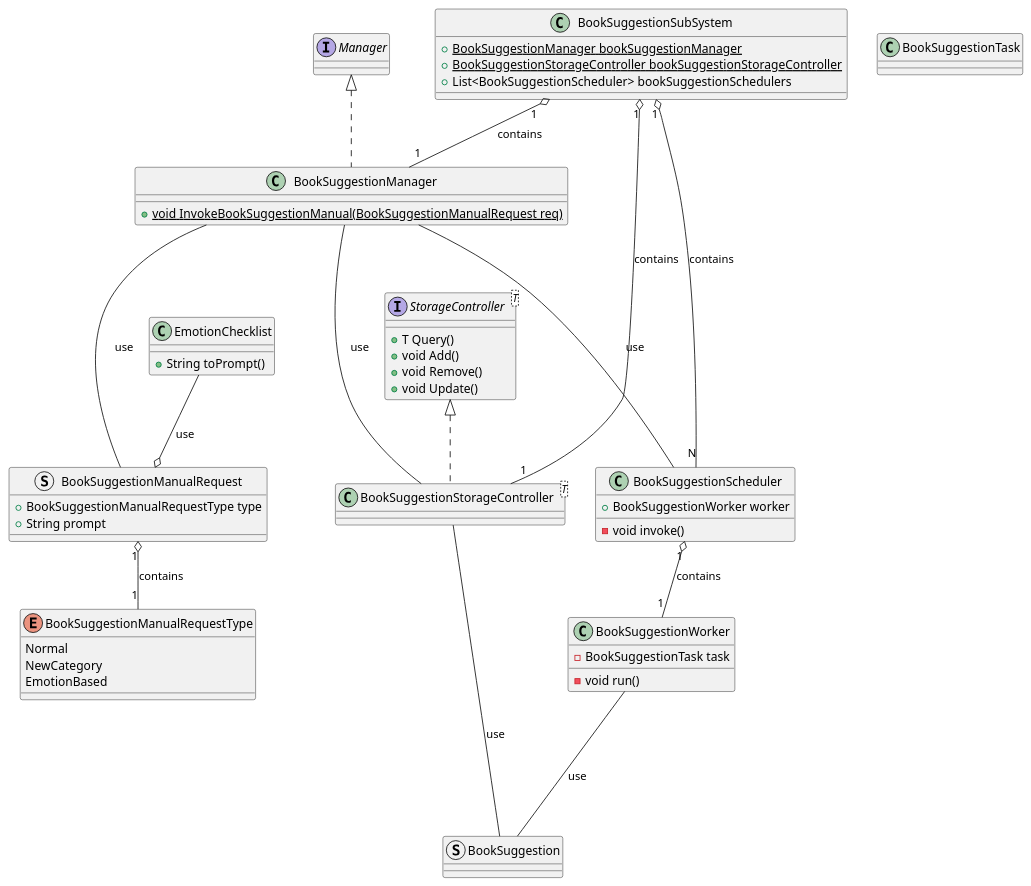
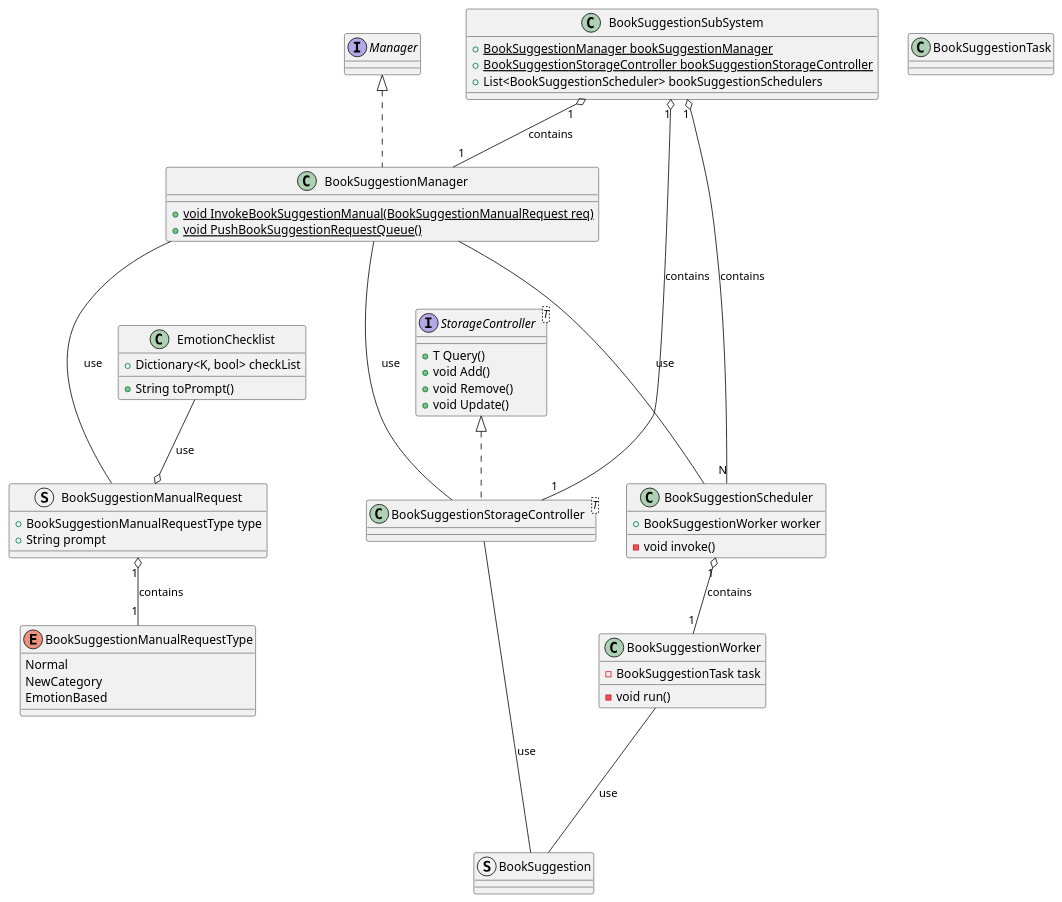
Before and after one commit to ShapeLayer/se-lecture-task__project-structure-definitions: the diagram in src/BookSuggestion.puml, drawn with PlantUML. The commit also changed 1 other file, not shown here.

```diff
--- a/src/BookSuggestion.puml
+++ b/src/BookSuggestion.puml
@@ -1,62 +1,64 @@
 @startuml
 Interface Manager
 Interface StorageController<T> {
     + T Query()
     + void Add()
     + void Remove()
     + void Update()
 }
 
 class EmotionChecklist {
+    + Dictionary<K, bool> checkList
     + String toPrompt()
 }
 
 enum BookSuggestionManualRequestType {
     Normal
     NewCategory
     EmotionBased
 }
 struct BookSuggestionManualRequest {
     + BookSuggestionManualRequestType type
     + String prompt
 }
 BookSuggestionManualRequest "1" o-- "1" BookSuggestionManualRequestType : contains
 EmotionChecklist --o BookSuggestionManualRequest : use
 
 struct BookSuggestion {}
 class BookSuggestionTask {}
 
 class BookSuggestionWorker {
     - BookSuggestionTask task
     - void run()
 }
 BookSuggestionWorker --- BookSuggestion : use
 
 class BookSuggestionScheduler {
     + BookSuggestionWorker worker
     - void invoke()
 }
 
 BookSuggestionScheduler "1" o-- "1" BookSuggestionWorker : contains
 
 class BookSuggestionManager implements Manager {
     + {static} void InvokeBookSuggestionManual(BookSuggestionManualRequest req)
+    + {static} void PushBookSuggestionRequestQueue()
 }
 BookSuggestionManager --- BookSuggestionManualRequest : use
 BookSuggestionManager --- BookSuggestionScheduler : use
 BookSuggestionManager --- BookSuggestionStorageController : use
 
 class BookSuggestionStorageController<T> implements StorageController {}
 BookSuggestionStorageController --- BookSuggestion : use
 
 class BookSuggestionSubSystem {
     + {static} BookSuggestionManager bookSuggestionManager
     + {static} BookSuggestionStorageController bookSuggestionStorageController
     + List<BookSuggestionScheduler> bookSuggestionSchedulers
 }
 
 BookSuggestionSubSystem "1" o-- "1" BookSuggestionManager : contains
 BookSuggestionSubSystem "1" o-- "1" BookSuggestionStorageController : contains
 BookSuggestionSubSystem "1" o-- "N" BookSuggestionScheduler : contains
 
 @enduml
```
